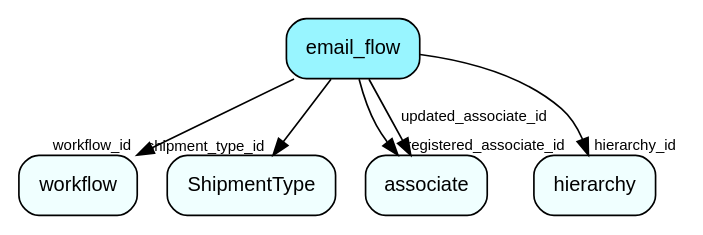
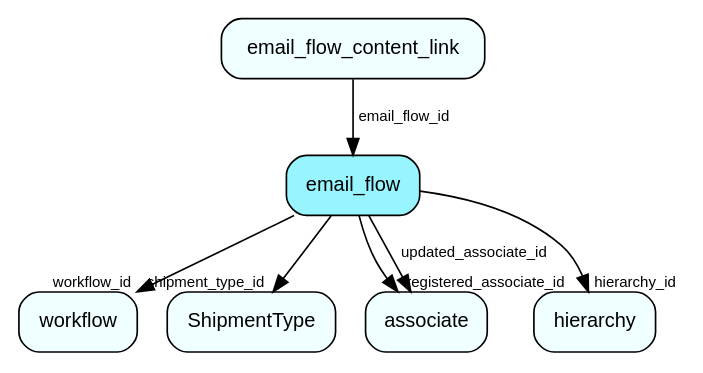
Before and after one commit to SuperOfficeDocs/superoffice-docs: the diagram in docs/en/database/tables/media/email_flow.dot, drawn with Graphviz. The commit also changed 680 other files, not shown here.

```diff
--- a/docs/en/database/tables/media/email_flow.dot
+++ b/docs/en/database/tables/media/email_flow.dot
@@ -1,15 +1,17 @@
 digraph email_flow  {
 node [shape = box style="rounded, filled" fontname = "Helvetica" fontsize = "12" ]
 edge [fontname = "Helvetica" fontsize = "9"]
 
 email_flow[fillcolor = "cadetblue1"]
 workflow[fillcolor = "azure1"]
 ShipmentType[fillcolor = "azure1"]
 associate[fillcolor = "azure1"]
 hierarchy[fillcolor = "azure1"]
+email_flow_content_link[fillcolor = "azure1"]
 email_flow -> workflow [headlabel = "workflow_id"]
 email_flow -> ShipmentType [headlabel = "shipment_type_id"]
 email_flow -> associate [headlabel = "registered_associate_id"]
 email_flow -> associate [label = "updated_associate_id"]
 email_flow -> hierarchy [headlabel = "hierarchy_id"]
+email_flow_content_link -> email_flow [label = "email_flow_id"]
 }
```
